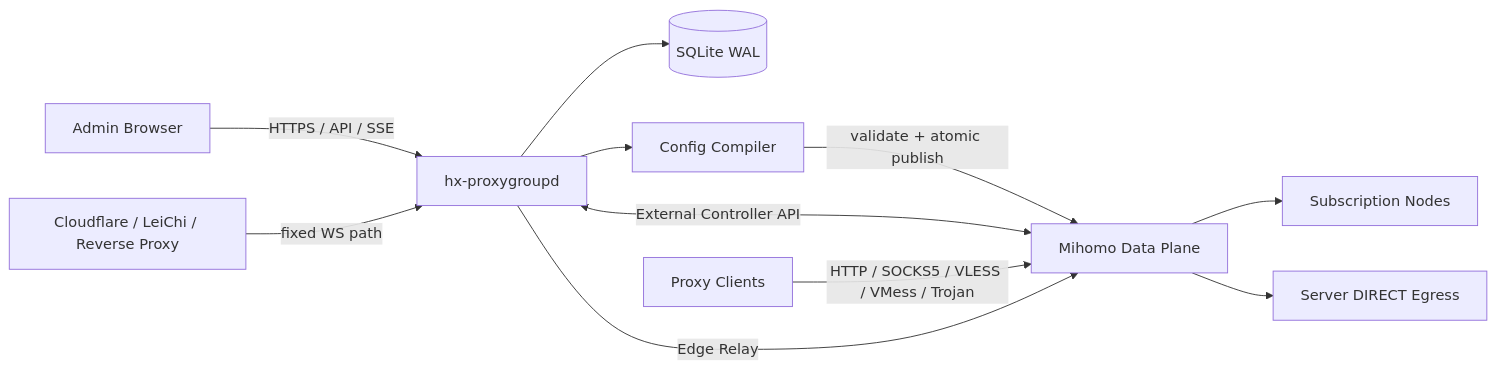
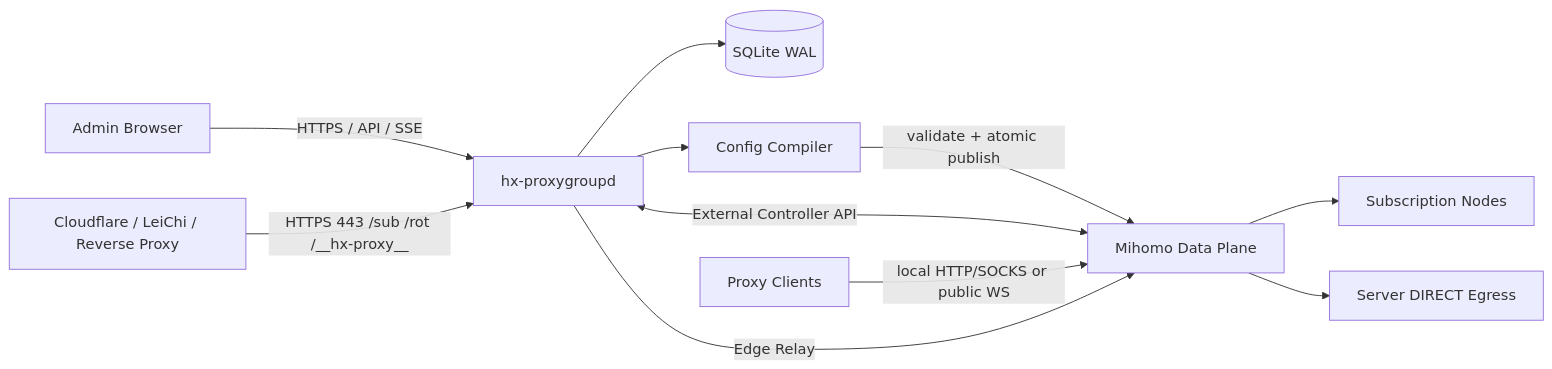
One commit to HengXin666/HX-ProxyGroup changed the first of 2 diagrams in docs/ARCHITECTURE.md. Above: the diagram before and after it, drawn with Mermaid. The commit also changed other lines of this file and 28 other files, not shown here.

Commit message:
feat: route residential public URLs through HTTPS paths

````diff
--- a/docs/ARCHITECTURE.md
+++ b/docs/ARCHITECTURE.md
@@ -12,13 +12,13 @@
 ```mermaid
 flowchart LR
     Admin[Admin Browser] -->|HTTPS / API / SSE| CP[hx-proxygroupd]
     CP --> DB[(SQLite WAL)]
     CP --> CFG[Config Compiler]
     CFG -->|validate + atomic publish| DP[Mihomo Data Plane]
     CP <-->|External Controller API| DP
     DP --> UP[Subscription Nodes]
     DP --> DIRECT[Server DIRECT Egress]
-    Client[Proxy Clients] -->|HTTP / SOCKS5 / VLESS / VMess / Trojan| DP
-    RP[Cloudflare / LeiChi / Reverse Proxy] -->|fixed WS path| CP
+    Client[Proxy Clients] -->|local HTTP/SOCKS or public WS| DP
+    RP[Cloudflare / LeiChi / Reverse Proxy] -->|HTTPS 443 /sub /rot /__hx-proxy__| CP
     CP -->|Edge Relay| DP
 ```
````
